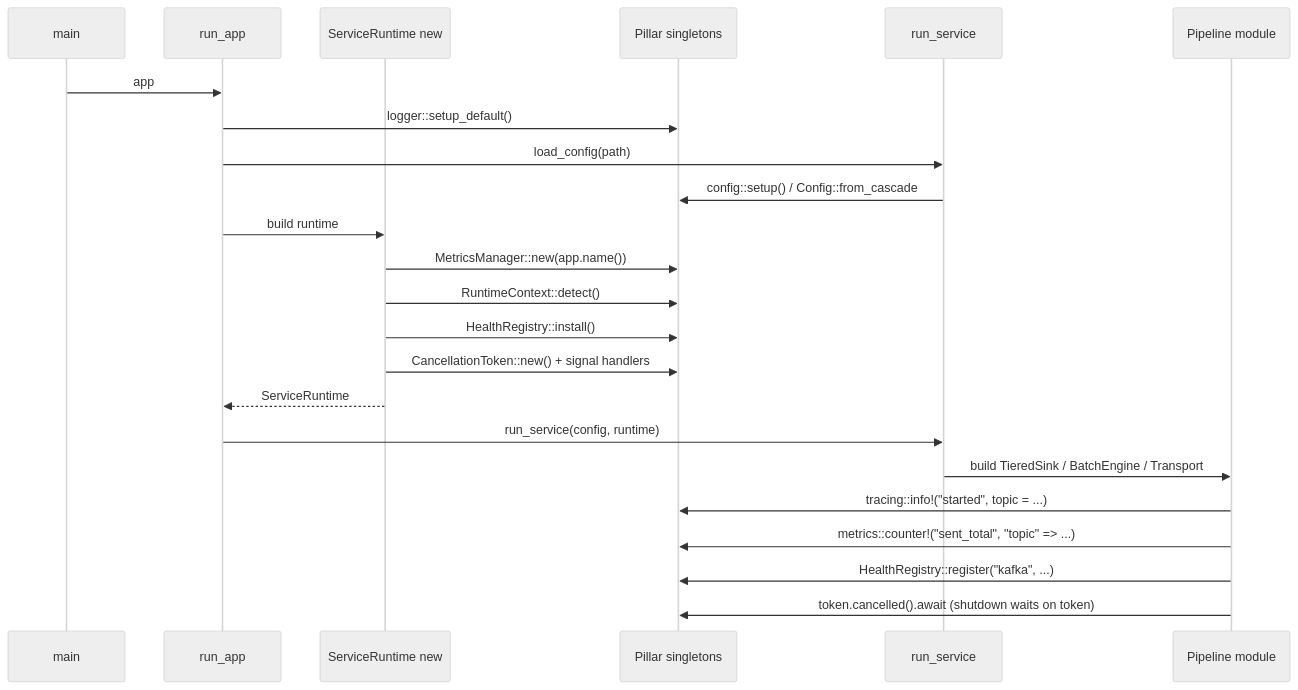
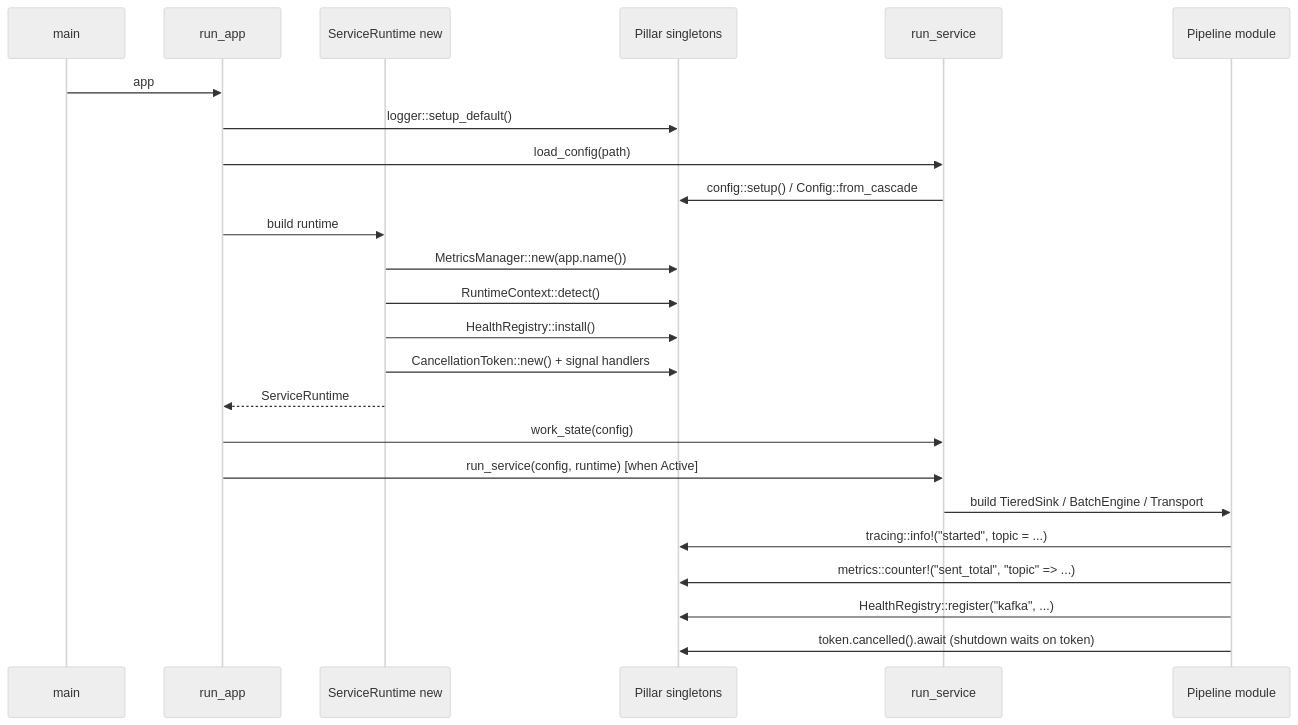
One commit to hyperi-io/scalo-rs changed the diagram in docs/auto-wiring.md. Above: the diagram before and after it, drawn with Mermaid (neutral theme). The commit also changed other lines of this file and 17 other files, not shown here.

````diff
--- a/docs/auto-wiring.md
+++ b/docs/auto-wiring.md
@@ -30,26 +30,27 @@
 ```mermaid
 sequenceDiagram
     participant Main as main
     participant Run as run_app
     participant SR as ServiceRuntime new
     participant Pillars as Pillar singletons
     participant App as run_service
     participant Module as Pipeline module
 
     Main->>Run: app
     Run->>Pillars: logger::setup_default()
     Run->>App: load_config(path)
     App->>Pillars: config::setup() / Config::from_cascade
     Run->>SR: build runtime
     SR->>Pillars: MetricsManager::new(app.name())
     SR->>Pillars: RuntimeContext::detect()
     SR->>Pillars: HealthRegistry::install()
     SR->>Pillars: CancellationToken::new() + signal handlers
     SR-->>Run: ServiceRuntime
-    Run->>App: run_service(config, runtime)
+    Run->>App: work_state(config)
+    Run->>App: run_service(config, runtime) [when Active]
     App->>Module: build TieredSink / BatchEngine / Transport
     Module->>Pillars: tracing::info!("started", topic = ...)
     Module->>Pillars: metrics::counter!("sent_total", "topic" => ...)
     Module->>Pillars: HealthRegistry::register("kafka", ...)
     Module->>Pillars: token.cancelled().await (shutdown waits on token)
 ```
````
